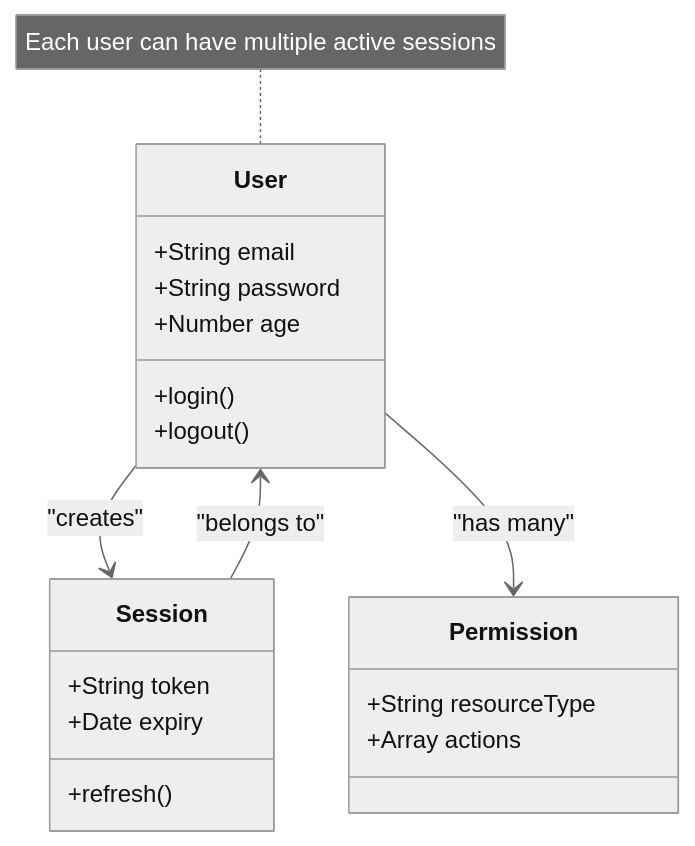
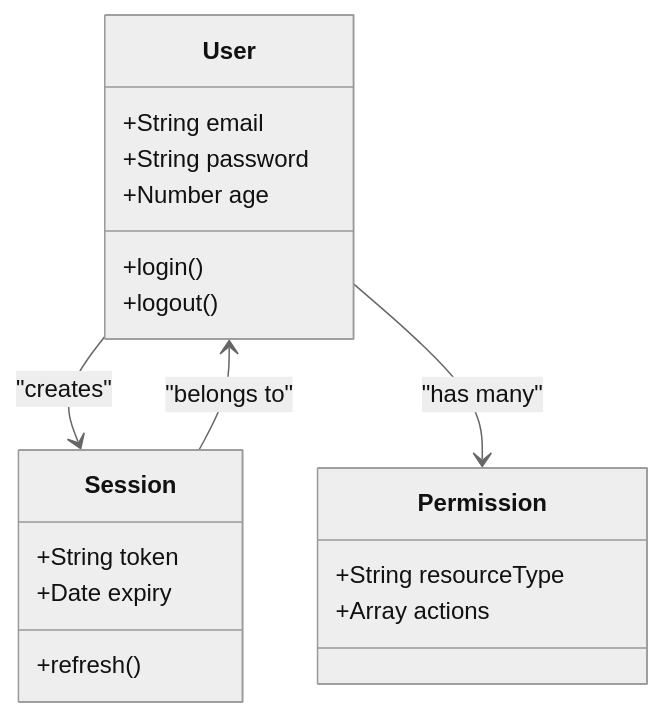
One commit to Alequez97/codebase-analyzer changed the fifth of 5 diagrams in backend/system-instructions/analyze-domain-documentation.md. Above: the diagram before and after it, drawn with Mermaid (neutral theme). The commit also changed other lines of this file, not shown here.

Commit message:
feat: add detailed Mermaid compatibility rules and nesting checklist to documentation

````diff
--- a/backend/system-instructions/analyze-domain-documentation.md
+++ b/backend/system-instructions/analyze-domain-documentation.md
@@ -162,27 +180,25 @@
 ```mermaid
 classDiagram
   class User {
     +String email
     +String password
     +Number age
     +login()
     +logout()
   }
 
   class Session {
     +String token
     +Date expiry
     +refresh()
   }
 
   class Permission {
     +String resourceType
     +Array actions
   }
 
   User --> Session : "creates"
   User --> Permission : "has many"
   Session --> User : "belongs to"
-
-  note for User "Each user can have multiple active sessions"
 ```
````
